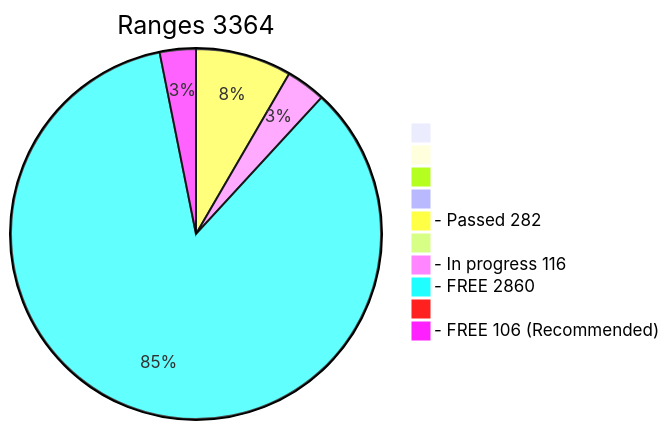
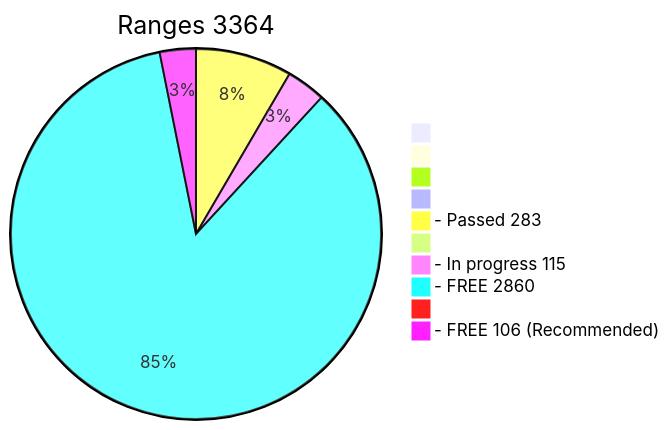
Before and after one commit to phrutis/wif500: the diagram in x64/Release/table.md, drawn with Mermaid. The commit also changed other lines of this file, not shown here.

````diff
--- a/x64/Release/table.md
+++ b/x64/Release/table.md
@@ -2,13 +2,13 @@
 ```mermaid
 pie title Ranges 3364
   " " : 0
   "  " : 0
   "   " : 0
   "    " : 0
-  "- Passed 282" : 282
+  "- Passed 283" : 283
   "     " : 0
-  "- In progress 116" : 116
+  "- In progress 115" : 115
   "- FREE 2860" : 2860
   "      " : 0
   "- FREE 106 (Recommended)" : 106
 ```
````
